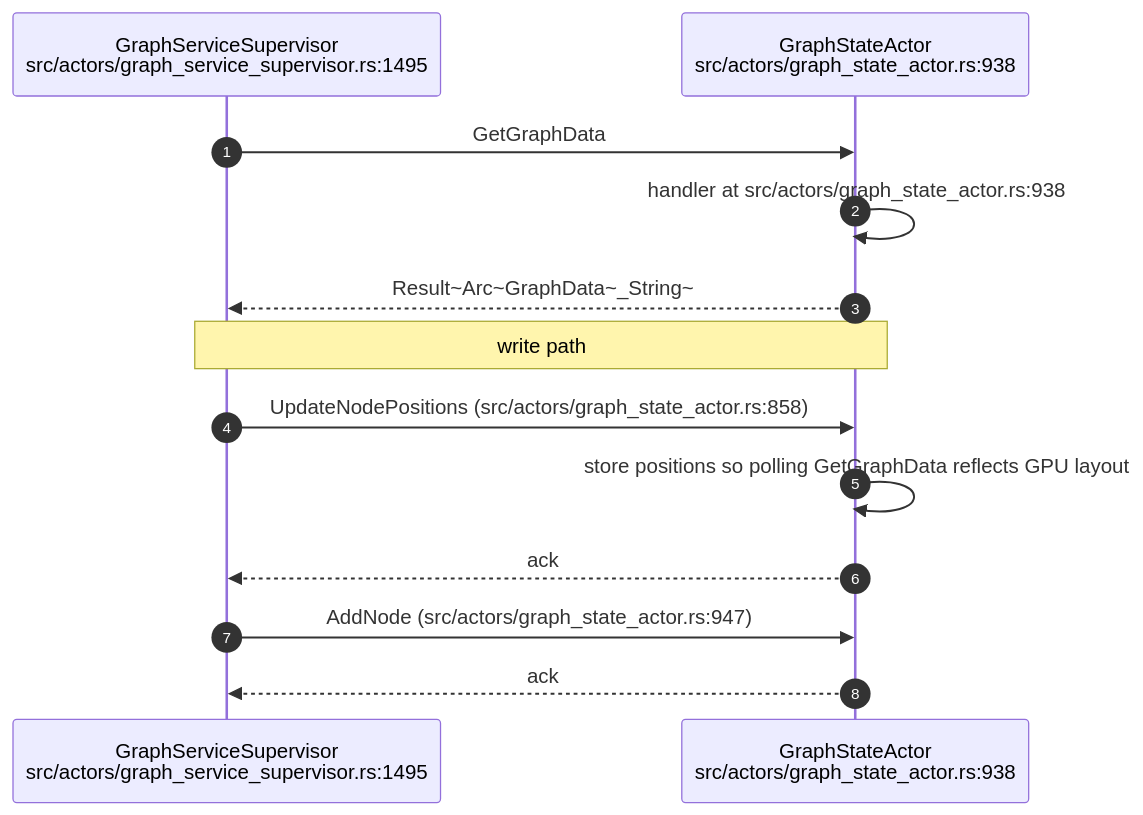
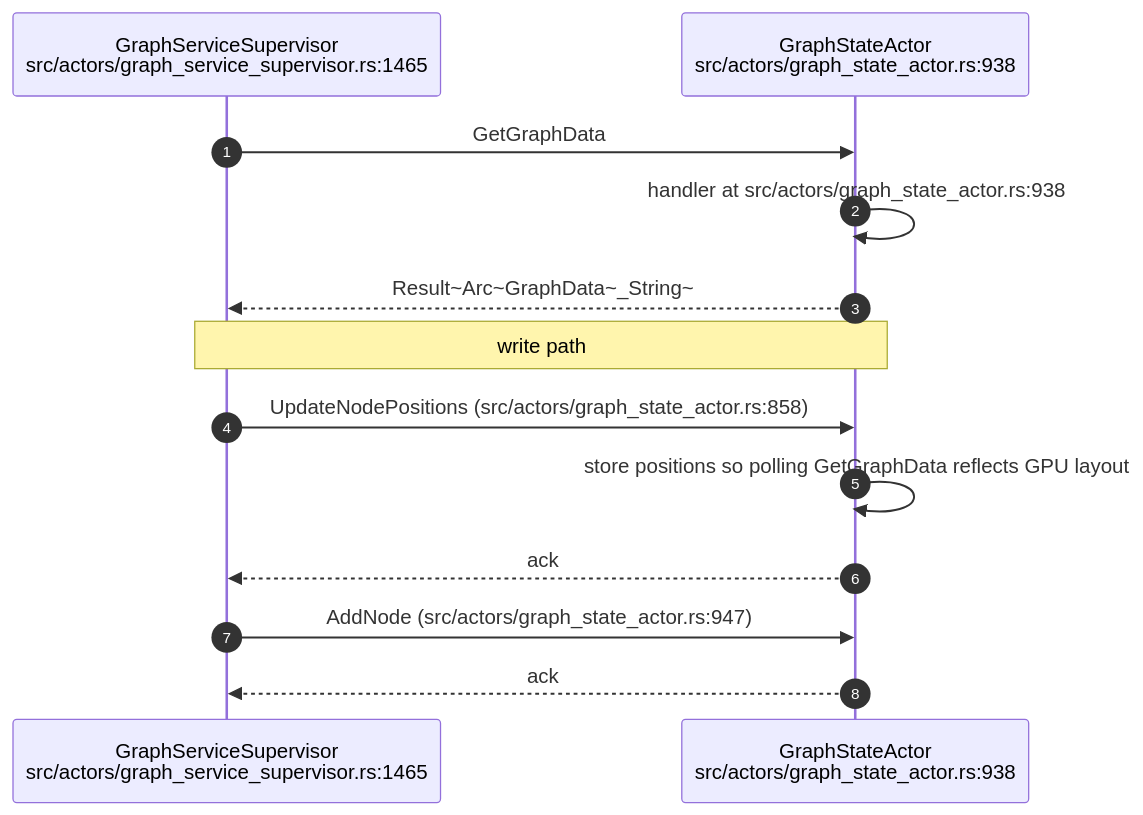
One commit to DreamLab-AI/AR-AI-Knowledge-Graph changed diagram 11 of 20 in docs/diagrams/visionclaw/02-actor-supervision.md. Above: the diagram before and after it, drawn with Mermaid. The commit also changed other lines of this file and 172 other files, not shown here.

````diff
--- a/docs/diagrams/visionclaw/02-actor-supervision.md
+++ b/docs/diagrams/visionclaw/02-actor-supervision.md
@@ -436,16 +426,16 @@
 ```mermaid
 sequenceDiagram
     autonumber
-    participant Caller as GraphServiceSupervisor<br/>src/actors/graph_service_supervisor.rs:1495
+    participant Caller as GraphServiceSupervisor<br/>src/actors/graph_service_supervisor.rs:1465
     participant GS as GraphStateActor<br/>src/actors/graph_state_actor.rs:938
 
     Caller->>GS: GetGraphData
     GS->>GS: handler at src/actors/graph_state_actor.rs:938
     GS-->>Caller: Result~Arc~GraphData~_String~
     Note over Caller,GS: write path
     Caller->>GS: UpdateNodePositions (src/actors/graph_state_actor.rs:858)
     GS->>GS: store positions so polling GetGraphData reflects GPU layout
     GS-->>Caller: ack
     Caller->>GS: AddNode (src/actors/graph_state_actor.rs:947)
     GS-->>Caller: ack
 ```
````
